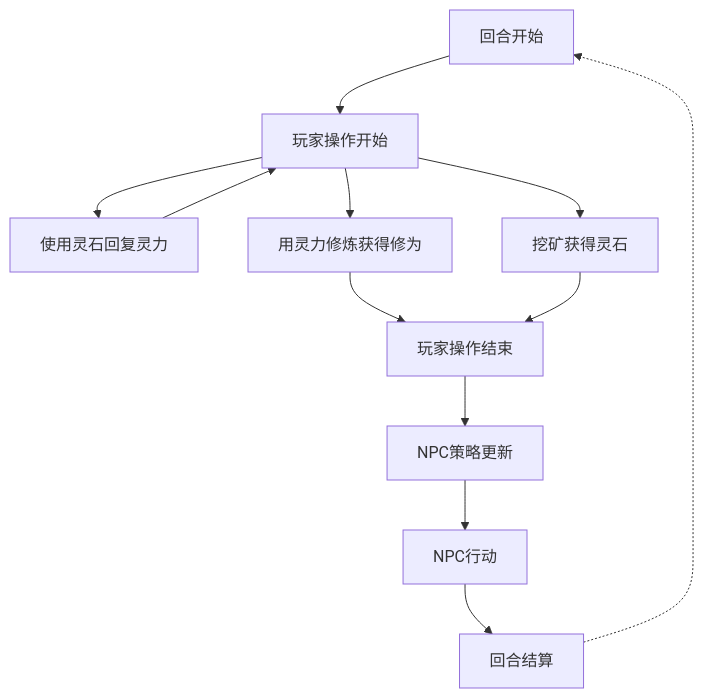
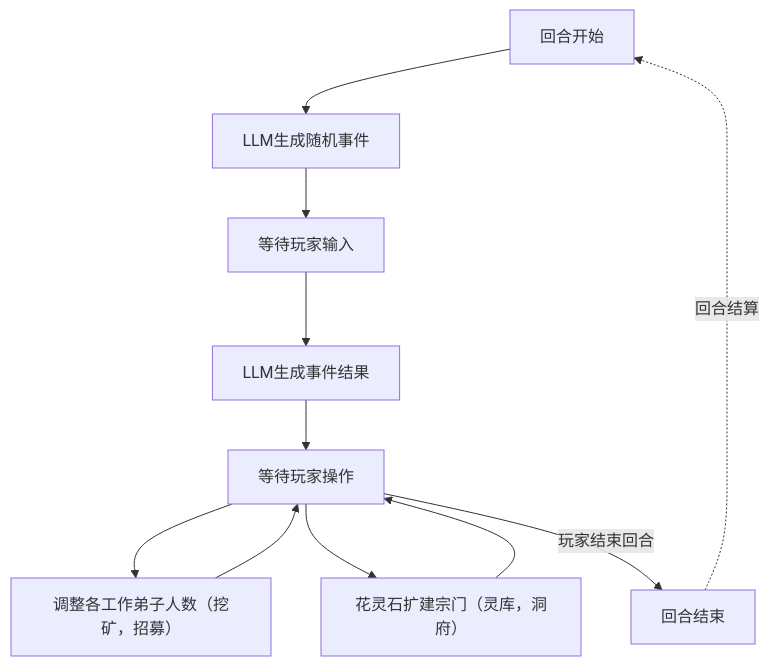
One commit to yu-zhengzheng/spirit_rush changed the diagram in main_game_loop.mmd. Above: the diagram before and after it, drawn with Mermaid. The commit also changed 1 other file, not shown here.

```diff
--- a/main_game_loop.mmd
+++ b/main_game_loop.mmd
@@ -1,22 +1,20 @@
 ---
 config:
   flowchart:
   curve: linear
 ---
 graph TD;
-	回合开始 --> 玩家操作开始
+	回合开始 --> LLM生成随机事件
+	LLM生成随机事件 --> 等待玩家输入
+	等待玩家输入 --> LLM生成事件结果
 
-	玩家操作开始 --> 使用灵石回复灵力
-	使用灵石回复灵力 --> 玩家操作开始
 
-	玩家操作开始 --> 用灵力修炼获得修为
-	用灵力修炼获得修为 --> 玩家操作结束
+	LLM生成事件结果 --> 等待玩家操作
 
-	玩家操作开始 --> 挖矿获得灵石
-	挖矿获得灵石 --> 玩家操作结束
+	等待玩家操作 --> A["调整各工作弟子人数（挖矿，招募）"] -->等待玩家操作
+	等待玩家操作 --> B["花灵石扩建宗门（灵库，洞府）"]-->等待玩家操作
 
-	玩家操作结束 --> NPC策略更新
-	NPC策略更新-->NPC行动
-	NPC行动-->回合结算
+	等待玩家操作 -- 玩家结束回合 -->回合结束
 
-	回合结算-.->回合开始
+
+	回合结束-.回合结算.->回合开始
```
